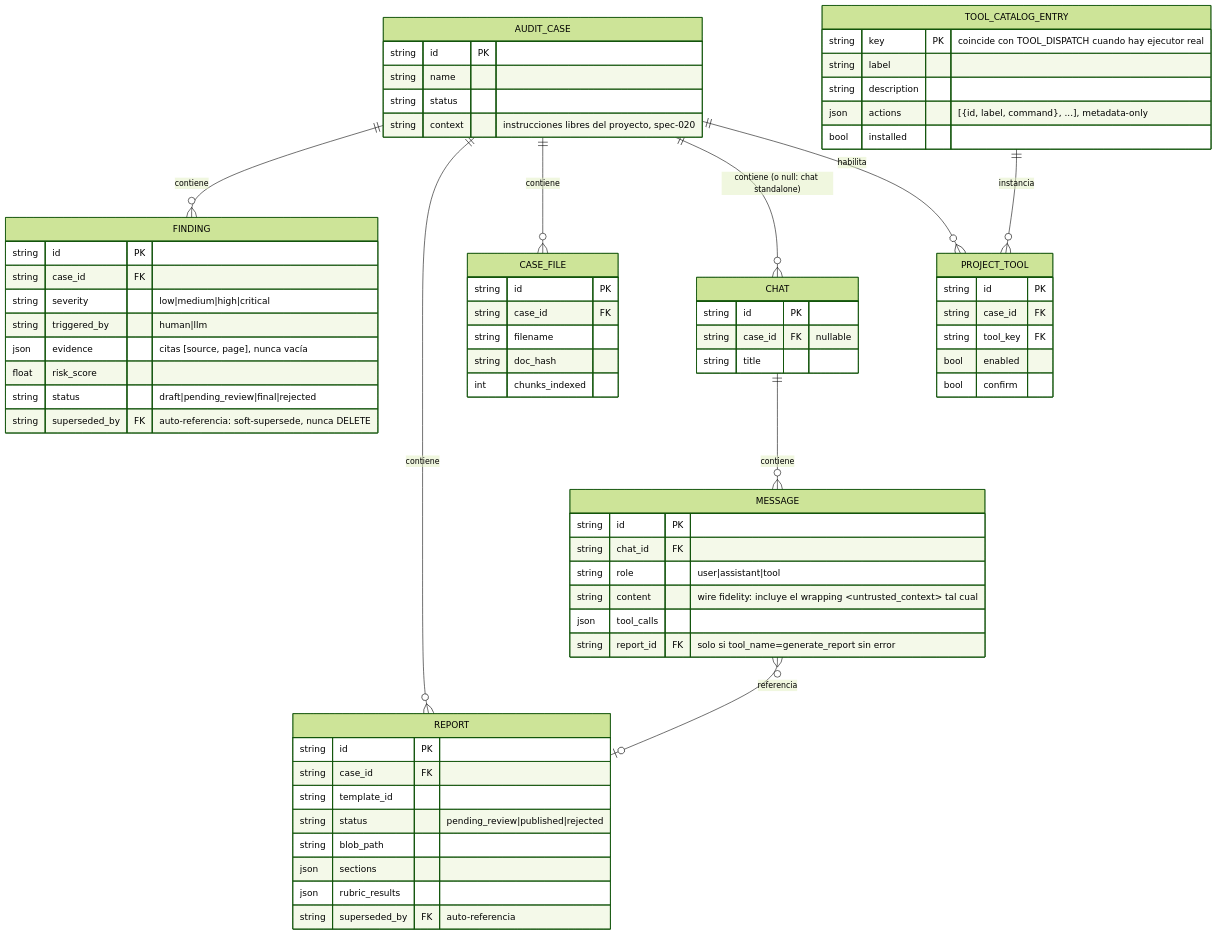
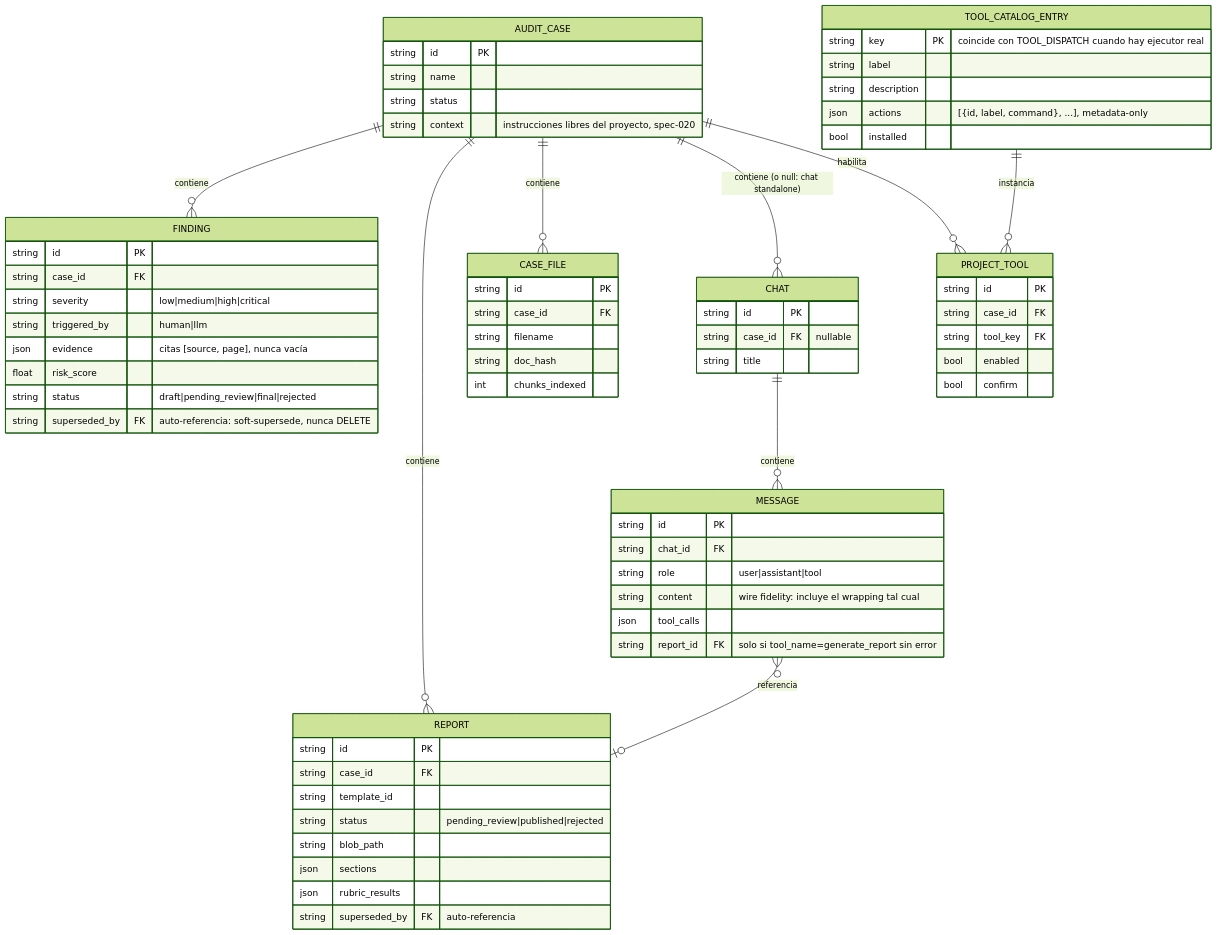
Before and after one commit to chinoavila/agentic-rag-audit-workflow: the fourth of 4 diagrams in docs/ARCHITECTURE.md, drawn with Mermaid (forest theme). The commit also changed other lines of this file, not shown here.

First line of the commit message:
refactor(ARCHITECTURE): renombrar participantes en el diagrama de secuencia

````diff
--- a/docs/ARCHITECTURE.md
+++ b/docs/ARCHITECTURE.md
@@ -152,72 +152,72 @@
 ```mermaid
 erDiagram
     AUDIT_CASE ||--o{ FINDING : contiene
     AUDIT_CASE ||--o{ REPORT : contiene
     AUDIT_CASE ||--o{ CASE_FILE : contiene
     AUDIT_CASE ||--o{ CHAT : "contiene (o null: chat standalone)"
     AUDIT_CASE ||--o{ PROJECT_TOOL : habilita
     CHAT ||--o{ MESSAGE : contiene
     MESSAGE }o--o| REPORT : referencia
     TOOL_CATALOG_ENTRY ||--o{ PROJECT_TOOL : instancia
 
     AUDIT_CASE {
         string id PK
         string name
         string status
         string context "instrucciones libres del proyecto, spec-020"
     }
     FINDING {
         string id PK
         string case_id FK
         string severity "low|medium|high|critical"
         string triggered_by "human|llm"
         json evidence "citas [source, page], nunca vacía"
         float risk_score
         string status "draft|pending_review|final|rejected"
         string superseded_by FK "auto-referencia: soft-supersede, nunca DELETE"
     }
     REPORT {
         string id PK
         string case_id FK
         string template_id
         string status "pending_review|published|rejected"
         string blob_path
         json sections
         json rubric_results
         string superseded_by FK "auto-referencia"
     }
     CHAT {
         string id PK
         string case_id FK "nullable"
         string title
     }
     MESSAGE {
         string id PK
         string chat_id FK
         string role "user|assistant|tool"
-        string content "wire fidelity: incluye el wrapping &lt;untrusted_context&gt; tal cual"
+        string content "wire fidelity: incluye el wrapping <untrusted_context> tal cual"
         json tool_calls
         string report_id FK "solo si tool_name=generate_report sin error"
     }
     CASE_FILE {
         string id PK
         string case_id FK
         string filename
         string doc_hash
         int chunks_indexed
     }
     PROJECT_TOOL {
         string id PK
         string case_id FK
         string tool_key FK
         bool enabled
         bool confirm
     }
     TOOL_CATALOG_ENTRY {
         string key PK "coincide con TOOL_DISPATCH cuando hay ejecutor real"
         string label
         string description
         json actions "[{id, label, command}, ...], metadata-only"
         bool installed
     }
 ```
````
